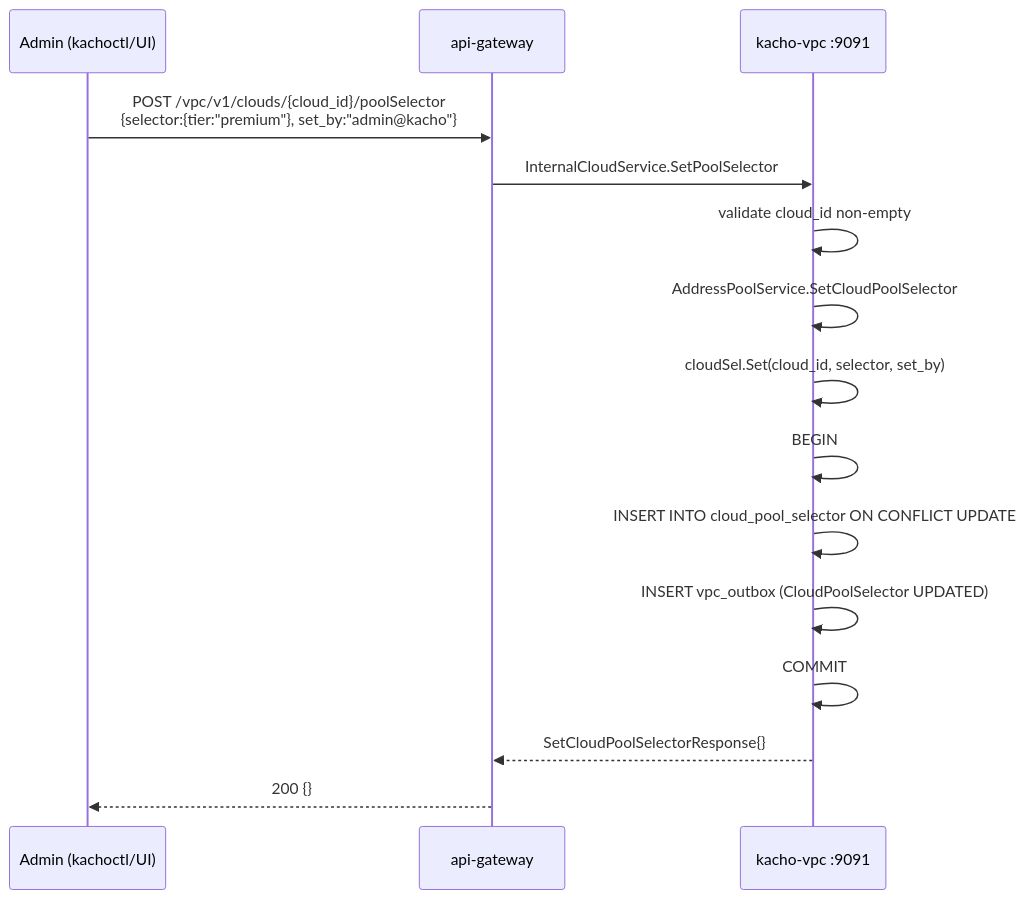
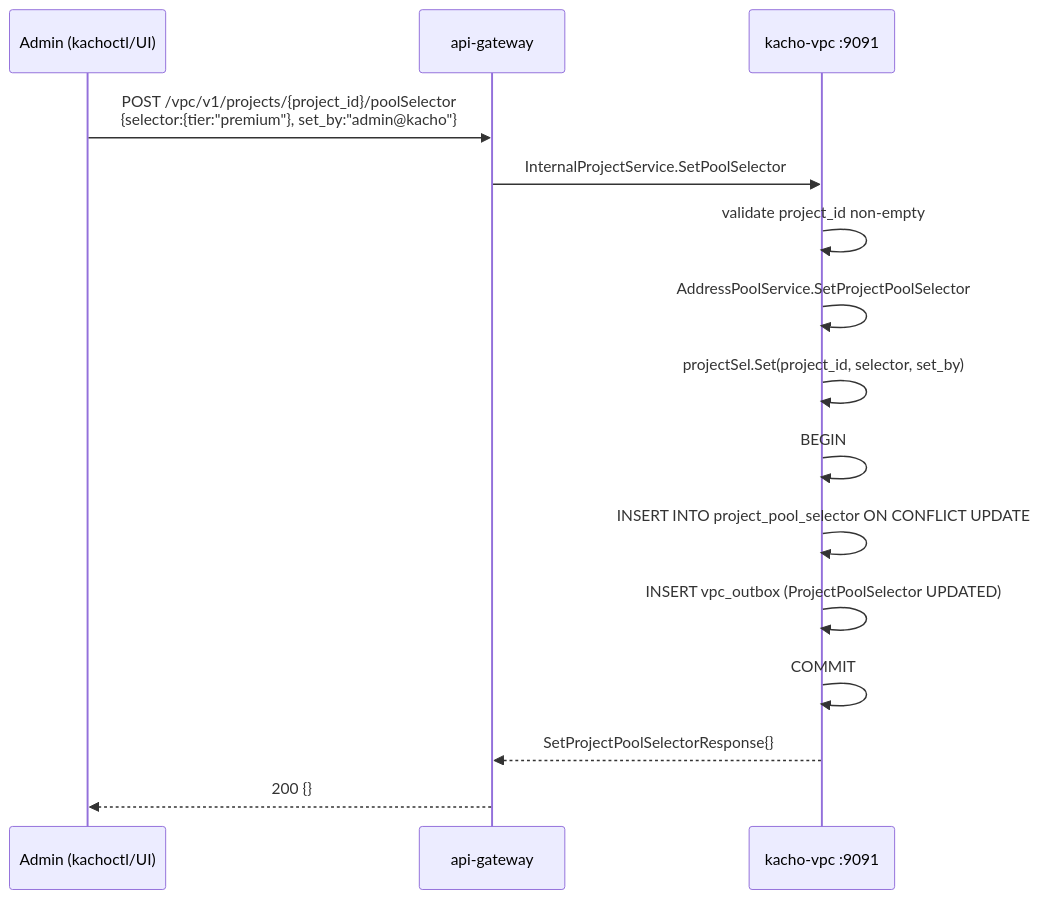
The sixth of 6 diagrams in docs/architecture/02-data-flows.md (PRO-Robotech/kacho-workspace), drawn with Mermaid before and after one commit. The commit also changed other lines of this file and 16 other files, not shown here.

````diff
--- a/docs/architecture/02-data-flows.md
+++ b/docs/architecture/02-data-flows.md
@@ -239,18 +246,18 @@
 ```mermaid
 sequenceDiagram
   participant Admin as Admin (kachoctl/UI)
   participant GW as api-gateway
   participant V as kacho-vpc :9091
 
-  Admin->>GW: POST /vpc/v1/clouds/{cloud_id}/poolSelector<br/>{selector:{tier:"premium"}, set_by:"admin@kacho"}
-  GW->>V: InternalCloudService.SetPoolSelector
-  V->>V: validate cloud_id non-empty
-  V->>V: AddressPoolService.SetCloudPoolSelector
-  V->>V: cloudSel.Set(cloud_id, selector, set_by)
+  Admin->>GW: POST /vpc/v1/projects/{project_id}/poolSelector<br/>{selector:{tier:"premium"}, set_by:"admin@kacho"}
+  GW->>V: InternalProjectService.SetPoolSelector
+  V->>V: validate project_id non-empty
+  V->>V: AddressPoolService.SetProjectPoolSelector
+  V->>V: projectSel.Set(project_id, selector, set_by)
   V->>V: BEGIN
-  V->>V: INSERT INTO cloud_pool_selector ON CONFLICT UPDATE
-  V->>V: INSERT vpc_outbox (CloudPoolSelector UPDATED)
+  V->>V: INSERT INTO project_pool_selector ON CONFLICT UPDATE
+  V->>V: INSERT vpc_outbox (ProjectPoolSelector UPDATED)
   V->>V: COMMIT
-  V-->>GW: SetCloudPoolSelectorResponse{}
+  V-->>GW: SetProjectPoolSelectorResponse{}
   GW-->>Admin: 200 {}
 ```
````
